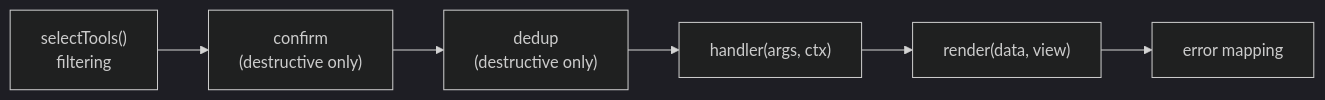
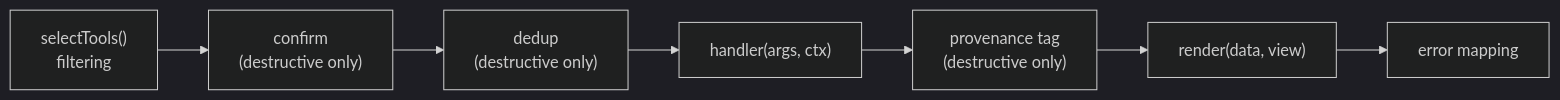
One commit to Ilmar7786/marzban-sdk changed the diagram in packages/mcp/ARCHITECTURE.md. Above: the diagram before and after it, drawn with Mermaid (dark theme). The commit also changed other lines of this file and 6 other files, not shown here.

First line of the commit message:
docs(mcp): say where a destructive result's provenance lives, and record it as an ADR

````diff
--- a/packages/mcp/ARCHITECTURE.md
+++ b/packages/mcp/ARCHITECTURE.md
@@ -52,4 +52,4 @@
 ```mermaid
 flowchart LR
-    A["selectTools()<br/>filtering"] --> B["confirm<br/>(destructive only)"] --> C["dedup<br/>(destructive only)"] --> D["handler(args, ctx)"] --> E["render(data, view)"] --> F["error mapping"]
+    A["selectTools()<br/>filtering"] --> B["confirm<br/>(destructive only)"] --> C["dedup<br/>(destructive only)"] --> D["handler(args, ctx)"] --> E["provenance tag<br/>(destructive only)"] --> F["render(data, view)"] --> G["error mapping"]
 ```
````
